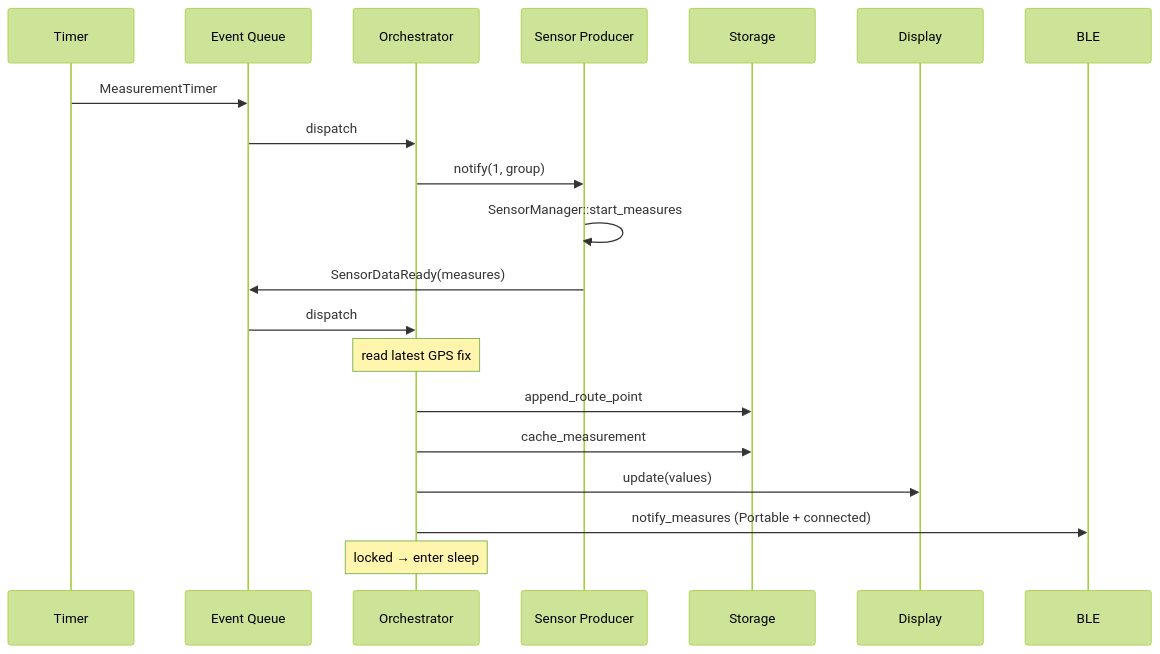
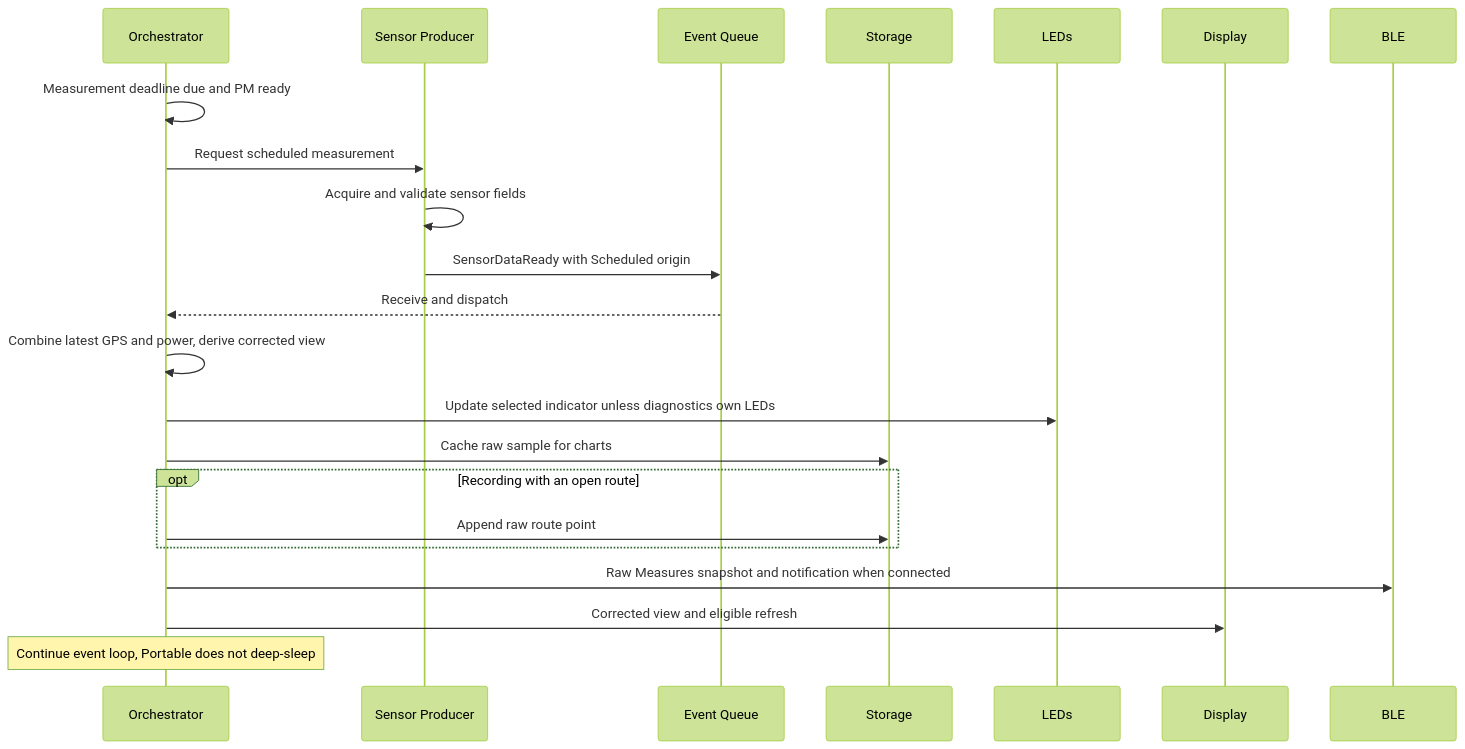
One commit to Open-Air-Foundation/firmware-core changed the seventh of 8 diagrams in products/go/ARCHITECTURE.md. Above: the diagram before and after it, drawn with Mermaid (forest theme). The commit also changed other lines of this file and 15 other files, not shown here.

````diff
--- a/products/go/ARCHITECTURE.md
+++ b/products/go/ARCHITECTURE.md
@@ -972,23 +432,24 @@
 ```mermaid
 sequenceDiagram
-    participant Timer
-    participant Queue as Event Queue
     participant Orch as Orchestrator
     participant Sensor as Sensor Producer
+    participant Queue as Event Queue
     participant Storage
+    participant LEDs
     participant Display
     participant BLE
-
-    Timer->>Queue: MeasurementTimer
-    Queue->>Orch: dispatch
-    Orch->>Sensor: notify(1, group)
-    Sensor->>Sensor: SensorManager::start_measures
-    Sensor->>Queue: SensorDataReady(measures)
-    Queue->>Orch: dispatch
-    Note over Orch: read latest GPS fix
-    Orch->>Storage: append_route_point
-    Orch->>Storage: cache_measurement
-    Orch->>Display: update(values)
-    Orch->>BLE: notify_measures (Portable + connected)
-    Note over Orch: locked → enter sleep
+    Orch->>Orch: Measurement deadline due and PM ready
+    Orch->>Sensor: Request scheduled measurement
+    Sensor->>Sensor: Acquire and validate sensor fields
+    Sensor->>Queue: SensorDataReady with Scheduled origin
+    Queue-->>Orch: Receive and dispatch
+    Orch->>Orch: Combine latest GPS and power, derive corrected view
+    Orch->>LEDs: Update selected indicator unless diagnostics own LEDs
+    Orch->>Storage: Cache raw sample for charts
+    opt Recording with an open route
+        Orch->>Storage: Append raw route point
+    end
+    Orch->>BLE: Raw Measures snapshot and notification when connected
+    Orch->>Display: Corrected view and eligible refresh
+    Note over Orch: Continue event loop, Portable does not deep-sleep
 ```
````
